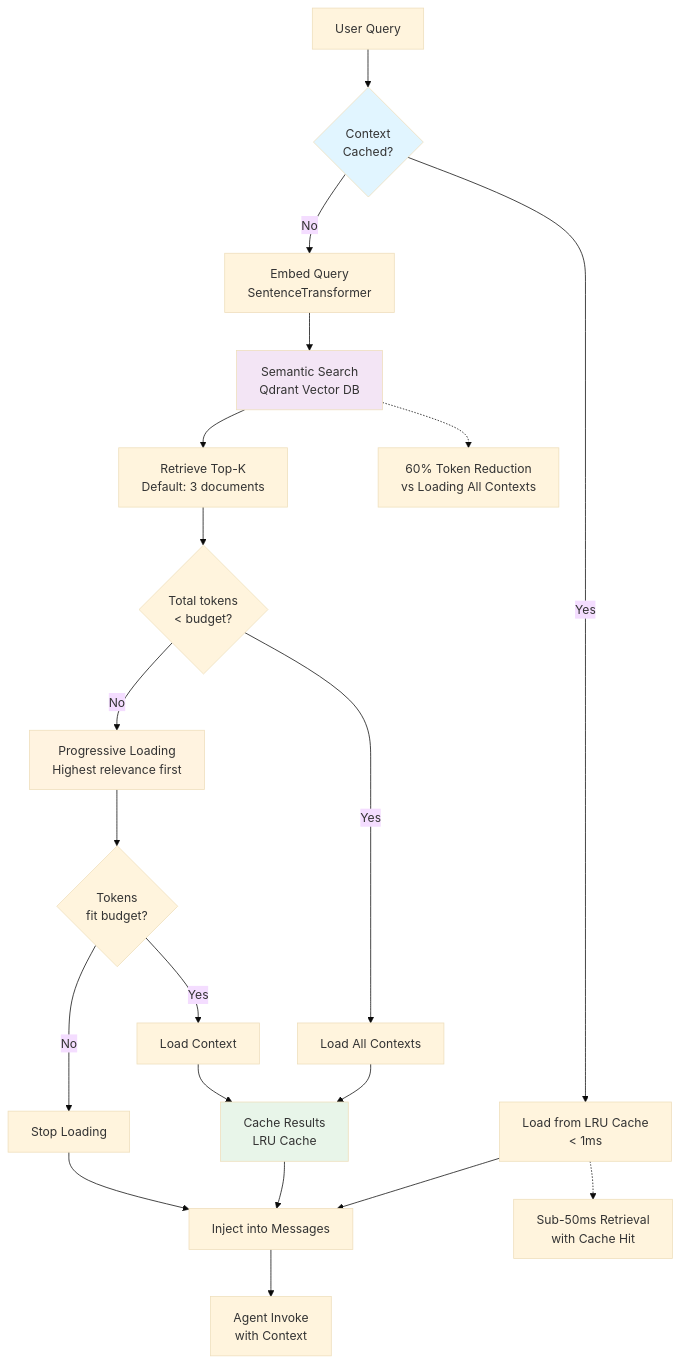
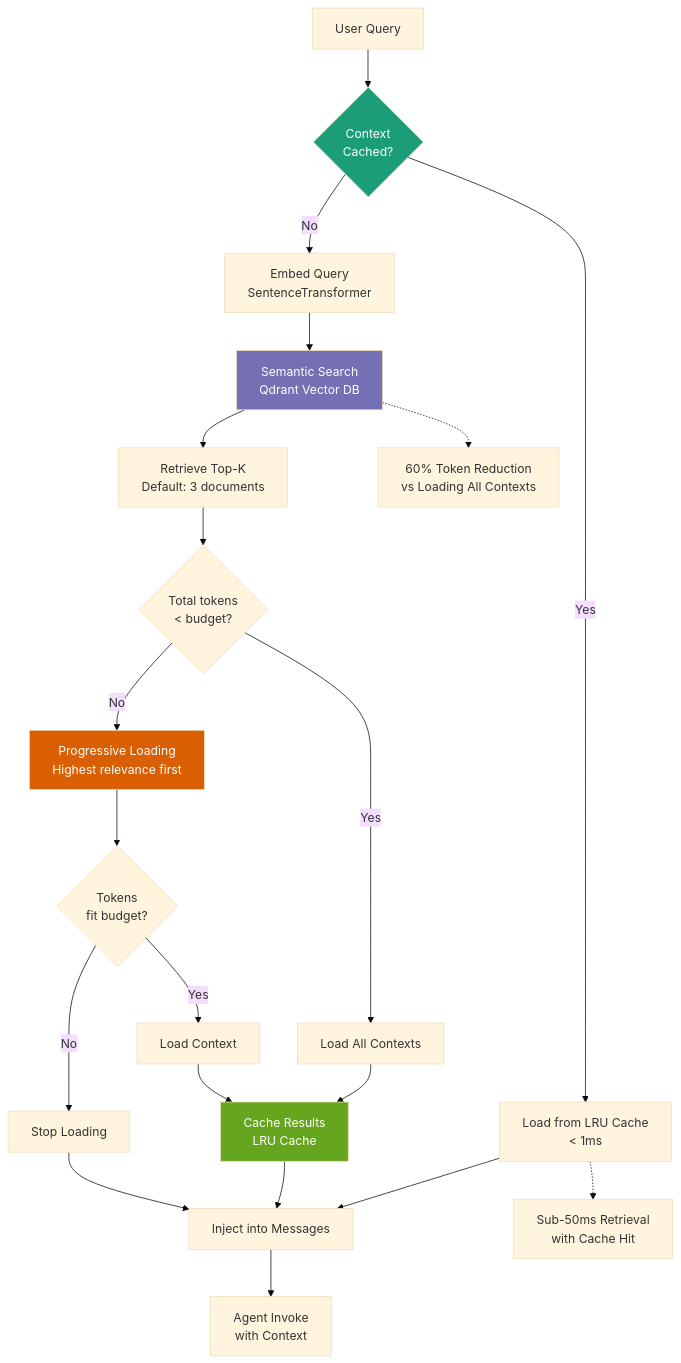
Before and after one commit to vishnu2kmohan/mcp-server-langgraph: the seventh of 10 diagrams in docs/diagrams/system-architecture.mdx, drawn with Mermaid (base theme). The commit also changed other lines of this file and 4 other files, not shown here.

First line of the commit message:
style: update Mermaid diagrams to dark mode-friendly ColorBrewer2 palette

````diff
--- a/docs/diagrams/system-architecture.mdx
+++ b/docs/diagrams/system-architecture.mdx
@@ -400,39 +400,39 @@
 ```mermaid
 flowchart TD
     UserQuery[User Query] --> CheckCache{Context<br/>Cached?}
 
     CheckCache -->|Yes| LoadCache[Load from LRU Cache<br/>< 1ms]
     CheckCache -->|No| Embed[Embed Query<br/>SentenceTransformer]
 
     Embed --> Search[Semantic Search<br/>Qdrant Vector DB]
     Search --> TopK[Retrieve Top-K<br/>Default: 3 documents]
 
     TopK --> TokenCheck{Total tokens<br/>< budget?}
 
     TokenCheck -->|Yes| LoadAll[Load All Contexts]
     TokenCheck -->|No| Progressive[Progressive Loading<br/>Highest relevance first]
 
     Progressive --> TokenFit{Tokens<br/>fit budget?}
     TokenFit -->|Yes| LoadContext[Load Context]
     TokenFit -->|No| StopLoading[Stop Loading]
 
     LoadAll --> CacheResults[Cache Results<br/>LRU Cache]
     LoadContext --> CacheResults
     LoadCache --> InjectMsg[Inject into Messages]
     CacheResults --> InjectMsg
     StopLoading --> InjectMsg
 
     InjectMsg --> AgentInvoke[Agent Invoke<br/>with Context]
 
-    style CheckCache fill:#e1f5ff
-    style Search fill:#f3e5f5
-    style Progressive fill:#fff3e0
-    style CacheResults fill:#e8f5e9
+    style CheckCache fill:#1b9e77,color:#fff
+    style Search fill:#7570b3,color:#fff
+    style Progressive fill:#d95f02,color:#fff
+    style CacheResults fill:#66a61e,color:#fff
 
     %% Annotations
     Note1[60% Token Reduction<br/>vs Loading All Contexts]
     Note2[Sub-50ms Retrieval<br/>with Cache Hit]
 
     Search -.-> Note1
     LoadCache -.-> Note2
 ```
````
